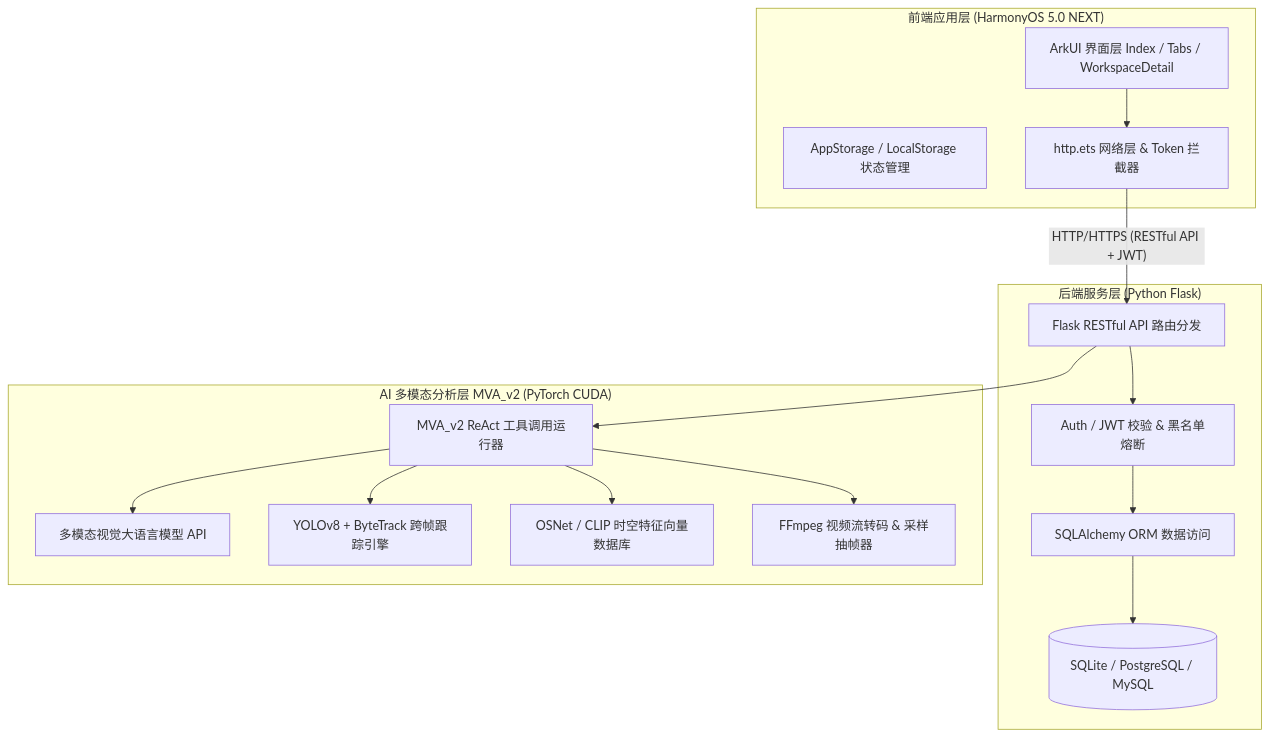
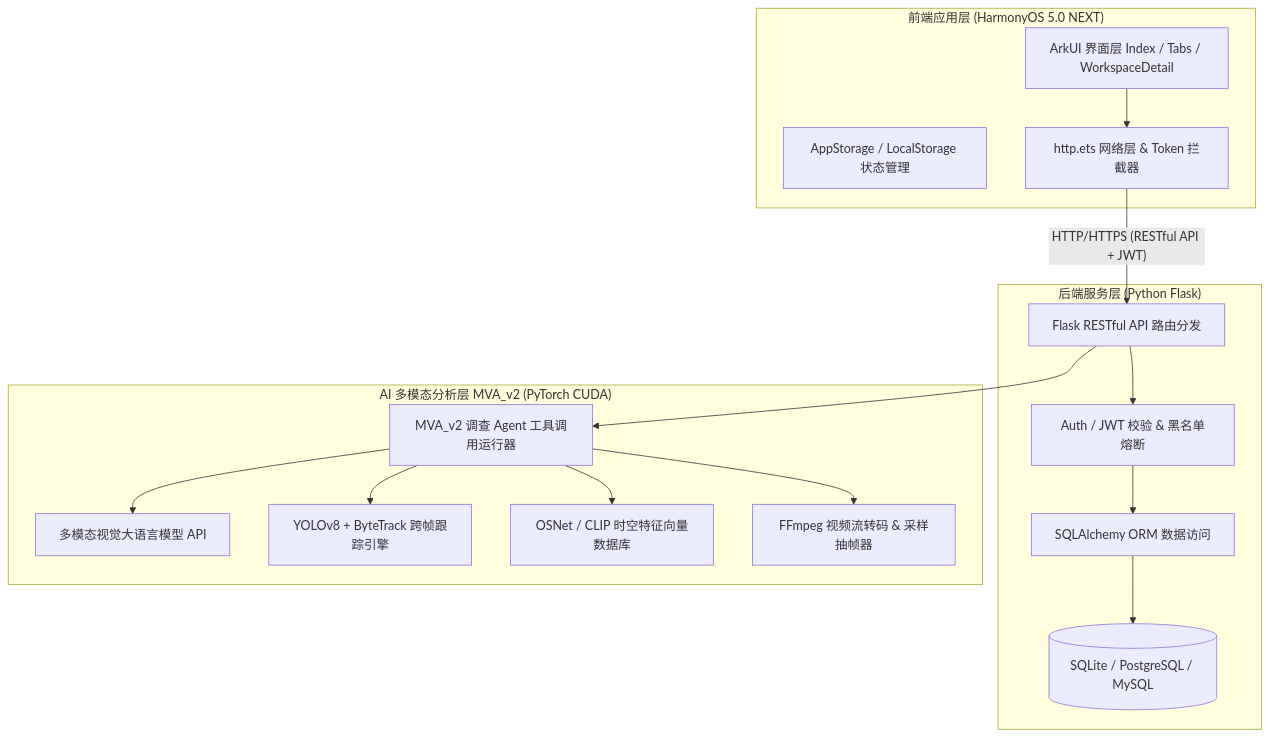
The first of 2 diagrams in docs/developer-guide/01-architecture-design.md (EmadowKy/pureyes-harmony), drawn with Mermaid before and after one commit. The commit also changed other lines of this file and 9 other files, not shown here.

````diff
--- a/docs/developer-guide/01-architecture-design.md
+++ b/docs/developer-guide/01-architecture-design.md
@@ -11,33 +15,33 @@
 ```mermaid
 graph TB
     subgraph "前端应用层 (HarmonyOS 5.0 NEXT)"
         UI[ArkUI 界面层 Index / Tabs / WorkspaceDetail]
         State[AppStorage / LocalStorage 状态管理]
         HTTPClient[http.ets 网络层 & Token 拦截器]
     end
 
     subgraph "后端服务层 (Python Flask)"
         API[Flask RESTful API 路由分发]
         Auth[Auth / JWT 校验 & 黑名单熔断]
         ORM[SQLAlchemy ORM 数据访问]
         DB[(SQLite / PostgreSQL / MySQL)]
     end
 
     subgraph "AI 多模态分析层 MVA_v2 (PyTorch CUDA)"
-        MVA2[MVA_v2 ReAct 工具调用运行器]
+        MVA2[MVA_v2 调查 Agent 工具调用运行器]
         LLM[多模态视觉大语言模型 API]
         YOLO[YOLOv8 + ByteTrack 跨帧跟踪引擎]
         VectorDB[OSNet / CLIP 时空特征向量数据库]
         FFmpeg[FFmpeg 视频流转码 & 采样抽帧器]
     end
 
     UI --> HTTPClient
     HTTPClient -- "HTTP/HTTPS (RESTful API + JWT)" --> API
     API --> Auth
     Auth --> ORM --> DB
     API --> MVA2
     MVA2 --> FFmpeg
     MVA2 --> YOLO
     MVA2 --> VectorDB
     MVA2 --> LLM
 ```
````
